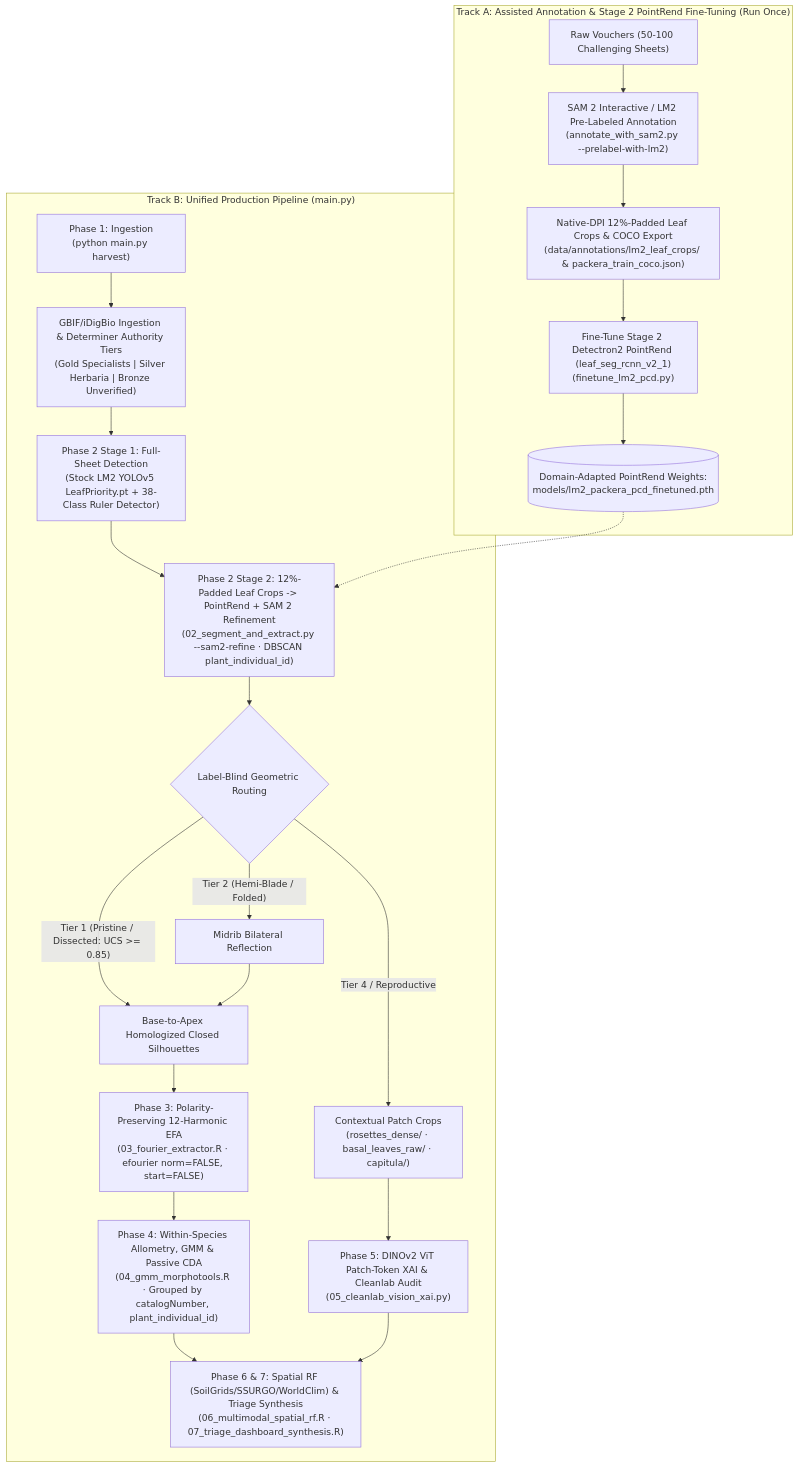
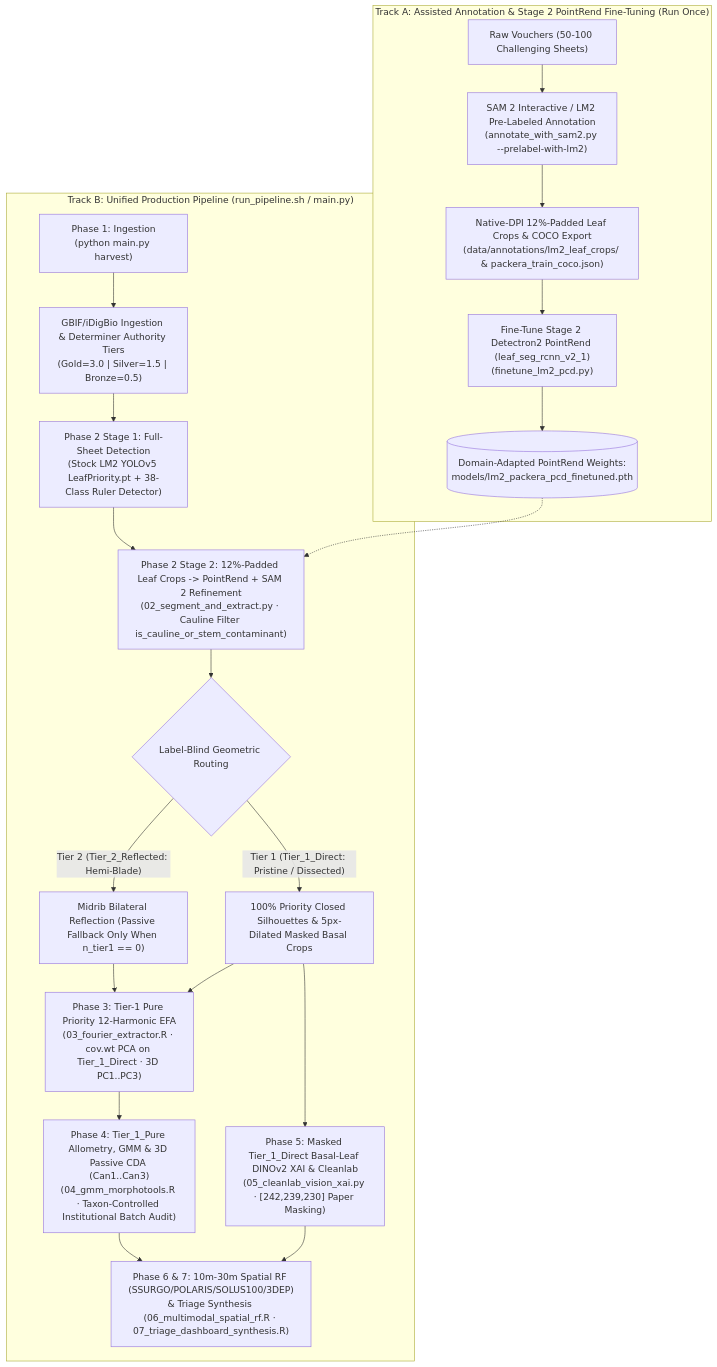
The diagram in README.md (Plantatsrophe/Packera_dubia_morphometrics), drawn with Mermaid before and after one commit. The commit also changed other lines of this file and 7 other files, not shown here.

Commit message:
docs: update pipeline contract and taxanomic SOP documentation with refined tier-1 extraction and filtering rules

````diff
--- a/README.md
+++ b/README.md
@@ -41,25 +41,24 @@
 ```mermaid
 flowchart TD
     subgraph TrackA["Track A: Assisted Annotation & Stage 2 PointRend Fine-Tuning (Run Once)"]
         A1["Raw Vouchers (50-100 Challenging Sheets)"] --> A2["SAM 2 Interactive / LM2 Pre-Labeled Annotation\n(annotate_with_sam2.py --prelabel-with-lm2)"]
         A2 --> A3["Native-DPI 12%-Padded Leaf Crops & COCO Export\n(data/annotations/lm2_leaf_crops/ & packera_train_coco.json)"]
         A3 --> A4["Fine-Tune Stage 2 Detectron2 PointRend (leaf_seg_rcnn_v2_1)\n(finetune_lm2_pcd.py)"]
         A4 --> A5[("Domain-Adapted PointRend Weights:\nmodels/lm2_packera_pcd_finetuned.pth")]
     end
 
-    subgraph TrackB["Track B: Unified Production Pipeline (main.py)"]
-        B1["Phase 1: Ingestion\n(python main.py harvest)"] --> B2["GBIF/iDigBio Ingestion & Determiner Authority Tiers\n(Gold Specialists | Silver Herbaria | Bronze Unverified)"]
+    subgraph TrackB["Track B: Unified Production Pipeline (run_pipeline.sh / main.py)"]
+        B1["Phase 1: Ingestion\n(python main.py harvest)"] --> B2["GBIF/iDigBio Ingestion & Determiner Authority Tiers\n(Gold=3.0 | Silver=1.5 | Bronze=0.5)"]
         B2 --> B3["Phase 2 Stage 1: Full-Sheet Detection\n(Stock LM2 YOLOv5 LeafPriority.pt + 38-Class Ruler Detector)"]
-        B3 --> B3b["Phase 2 Stage 2: 12%-Padded Leaf Crops -> PointRend + SAM 2 Refinement\n(02_segment_and_extract.py --sam2-refine · DBSCAN plant_individual_id)"]
+        B3 --> B3b["Phase 2 Stage 2: 12%-Padded Leaf Crops -> PointRend + SAM 2 Refinement\n(02_segment_and_extract.py · Cauline Filter is_cauline_or_stem_contaminant)"]
         A5 -.-> B3b
         B3b --> B4{"Label-Blind Geometric Routing"}
-        B4 -->|"Tier 1 (Pristine / Dissected: UCS >= 0.85)"| B5["Base-to-Apex Homologized Closed Silhouettes"]
-        B4 -->|"Tier 2 (Hemi-Blade / Folded)"| B6["Midrib Bilateral Reflection"]
-        B6 --> B5
-        B4 -->|"Tier 4 / Reproductive"| B7["Contextual Patch Crops\n(rosettes_dense/ · basal_leaves_raw/ · capitula/)"]
-        B5 --> B8["Phase 3: Polarity-Preserving 12-Harmonic EFA\n(03_fourier_extractor.R · efourier norm=FALSE, start=FALSE)"]
-        B8 --> B9["Phase 4: Within-Species Allometry, GMM & Passive CDA\n(04_gmm_morphotools.R · Grouped by catalogNumber, plant_individual_id)"]
-        B7 --> B10["Phase 5: DINOv2 ViT Patch-Token XAI & Cleanlab Audit\n(05_cleanlab_vision_xai.py)"]
-        B9 & B10 --> B11["Phase 6 & 7: Spatial RF (SoilGrids/SSURGO/WorldClim) & Triage Synthesis\n(06_multimodal_spatial_rf.R · 07_triage_dashboard_synthesis.R)"]
+        B4 -->|"Tier 1 (Tier_1_Direct: Pristine / Dissected)"| B5["100% Priority Closed Silhouettes & 5px-Dilated Masked Basal Crops"]
+        B4 -->|"Tier 2 (Tier_2_Reflected: Hemi-Blade)"| B6["Midrib Bilateral Reflection (Passive Fallback Only When n_tier1 == 0)"]
+        B6 --> B8
+        B5 --> B8["Phase 3: Tier-1 Pure Priority 12-Harmonic EFA\n(03_fourier_extractor.R · cov.wt PCA on Tier_1_Direct · 3D PC1..PC3)"]
+        B8 --> B9["Phase 4: Tier_1_Pure Allometry, GMM & 3D Passive CDA (Can1..Can3)\n(04_gmm_morphotools.R · Taxon-Controlled Institutional Batch Audit)"]
+        B5 --> B10["Phase 5: Masked Tier_1_Direct Basal-Leaf DINOv2 XAI & Cleanlab\n(05_cleanlab_vision_xai.py · [242,239,230] Paper Masking)"]
+        B9 & B10 --> B11["Phase 6 & 7: 10m-30m Spatial RF (SSURGO/POLARIS/SOLUS100/3DEP)\n& Triage Synthesis (06_multimodal_spatial_rf.R · 07_triage_dashboard_synthesis.R)"]
     end
 ```
````
